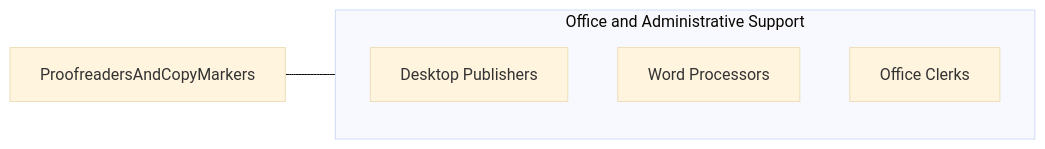
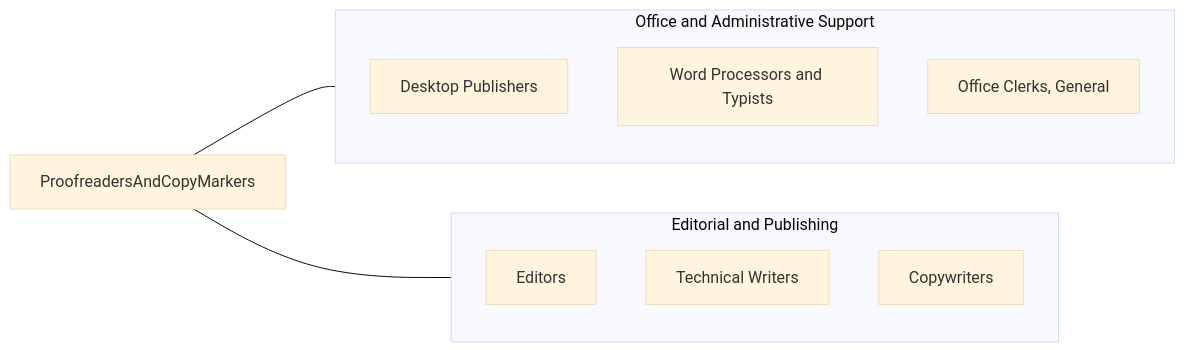
The fourth of 4 diagrams in occupations/Administrative/ProofreadersAndCopyMarkers.mdx (kziemski/business.org.ai), drawn with Mermaid (base theme) before and after one commit. The commit also changed other lines of this file and 19 other files, not shown here.

````diff
--- a/occupations/Administrative/ProofreadersAndCopyMarkers.mdx
+++ b/occupations/Administrative/ProofreadersAndCopyMarkers.mdx
@@ -99,10 +309,19 @@
 ```mermaid
 graph LR
     Current["ProofreadersAndCopyMarkers"]
+
     subgraph SameCategory["Office and Administrative Support"]
         RDesktopPublishers["Desktop Publishers"]
-        RWordProcessors["Word Processors"]
-        ROfficeClerks["Office Clerks"]
+        RWordProcessors["Word Processors and Typists"]
+        ROfficeClerks["Office Clerks, General"]
     end
+
+    subgraph CrossFunctional["Editorial and Publishing"]
+        REditors["Editors"]
+        RTechWriters["Technical Writers"]
+        RCopywriters["Copywriters"]
+    end
+
     Current --- SameCategory
+    Current --- CrossFunctional
 ```
````
